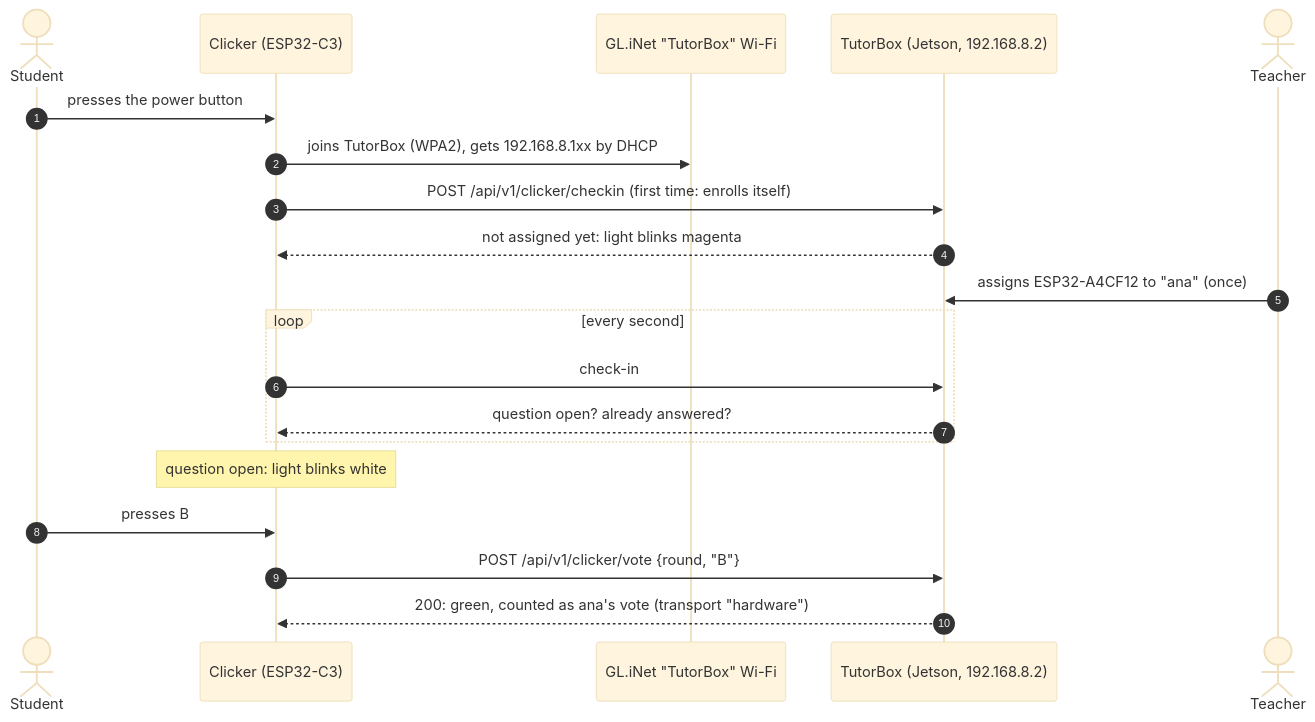
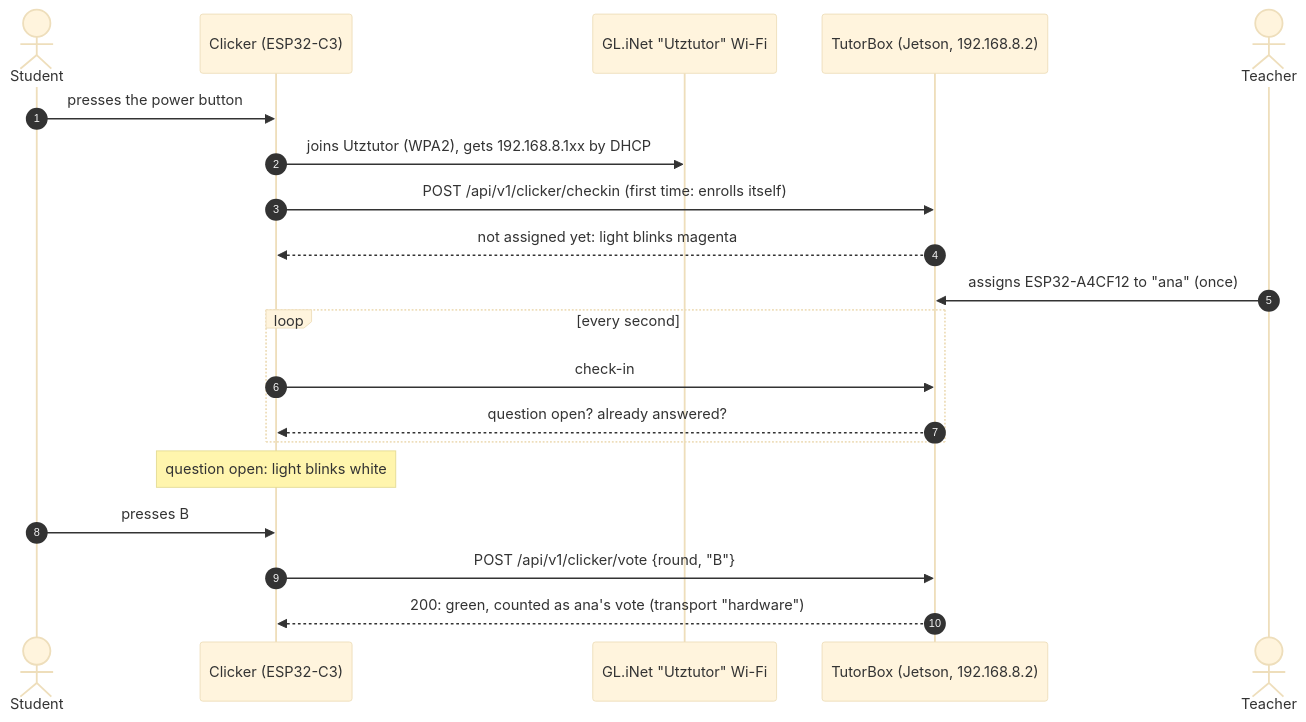
Before and after one commit to GabGP/TutorBox: the first of 2 diagrams in firmware/clicker/README.md, drawn with Mermaid (base theme). The commit also changed other lines of this file and 40 other files, not shown here.

````diff
--- a/firmware/clicker/README.md
+++ b/firmware/clicker/README.md
@@ -35,23 +35,23 @@
 ```mermaid
 sequenceDiagram
     autonumber
     actor Kid as Student
     participant C as Clicker (ESP32-C3)
-    participant R as GL.iNet "TutorBox" Wi-Fi
+    participant R as GL.iNet "Utztutor" Wi-Fi
     participant T as TutorBox (Jetson, 192.168.8.2)
     actor Teacher
 
     Kid->>C: presses the power button
-    C->>R: joins TutorBox (WPA2), gets 192.168.8.1xx by DHCP
+    C->>R: joins Utztutor (WPA2), gets 192.168.8.1xx by DHCP
     C->>T: POST /api/v1/clicker/checkin (first time: enrolls itself)
     T-->>C: not assigned yet: light blinks magenta
     Teacher->>T: assigns ESP32-A4CF12 to "ana" (once)
     loop every second
         C->>T: check-in
         T-->>C: question open? already answered?
     end
     Note over C: question open: light blinks white
     Kid->>C: presses B
     C->>T: POST /api/v1/clicker/vote {round, "B"}
     T-->>C: 200: green, counted as ana's vote (transport "hardware")
 ```
````
